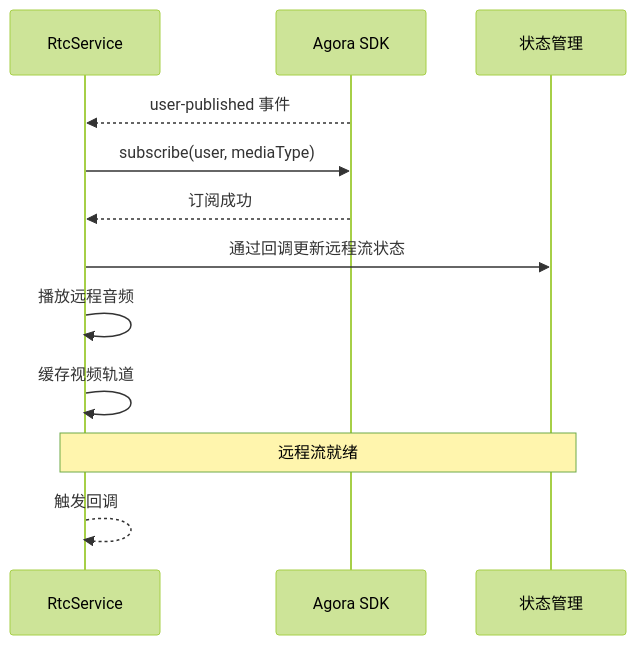
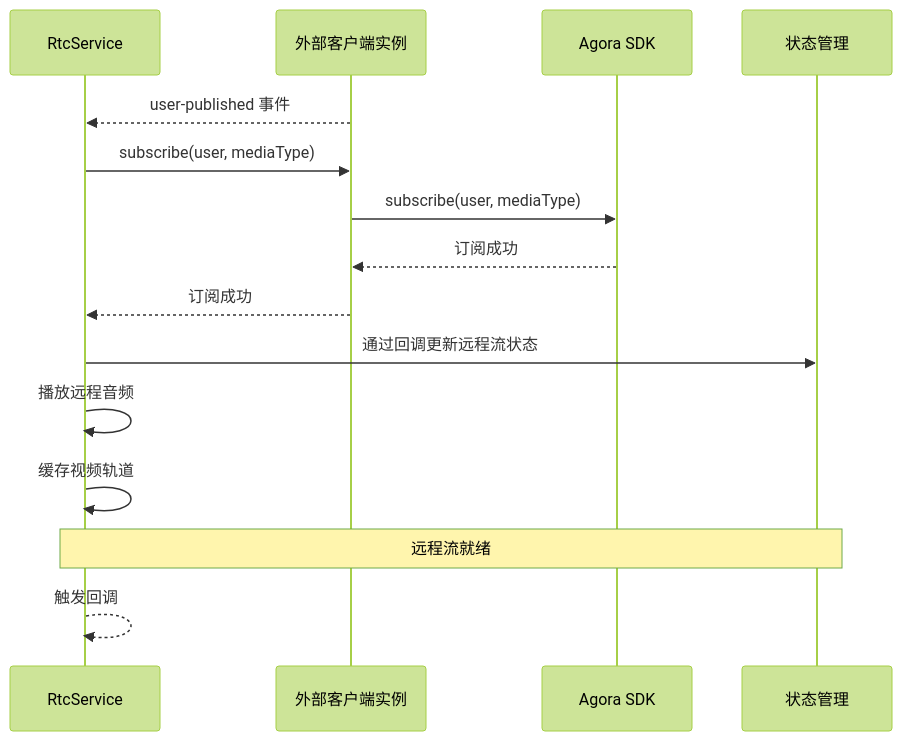
Before and after one commit to Easemob-Community/easemob-uikit-callkit-vue3: the tenth of 16 diagrams in .qoder/repowiki/zh/content/服务层/音视频服务 (RtcService).md, drawn with Mermaid (forest theme). The commit also changed other lines of this file and 6 other files, not shown here.

````diff
--- a/.qoder/repowiki/zh/content/服务层/音视频服务 (RtcService).md
+++ b/.qoder/repowiki/zh/content/服务层/音视频服务 (RtcService).md
@@ -358,14 +424,17 @@
 ```mermaid
 sequenceDiagram
 participant Service as RtcService
+participant ExternalClient as 外部客户端实例
 participant Agora as Agora SDK
 participant Store as 状态管理
-Agora-->>Service : user-published 事件
-Service->>Agora : subscribe(user, mediaType)
-Agora-->>Service : 订阅成功
+ExternalClient-->>Service : user-published 事件
+Service->>ExternalClient : subscribe(user, mediaType)
+ExternalClient->>Agora : subscribe(user, mediaType)
+Agora-->>ExternalClient : 订阅成功
+ExternalClient-->>Service : 订阅成功
 Service->>Store : 通过回调更新远程流状态
 Service->>Service : 播放远程音频
 Service->>Service : 缓存视频轨道
 Note over Service,Store : 远程流就绪
 Service-->>Service : 触发回调
 ```
````
